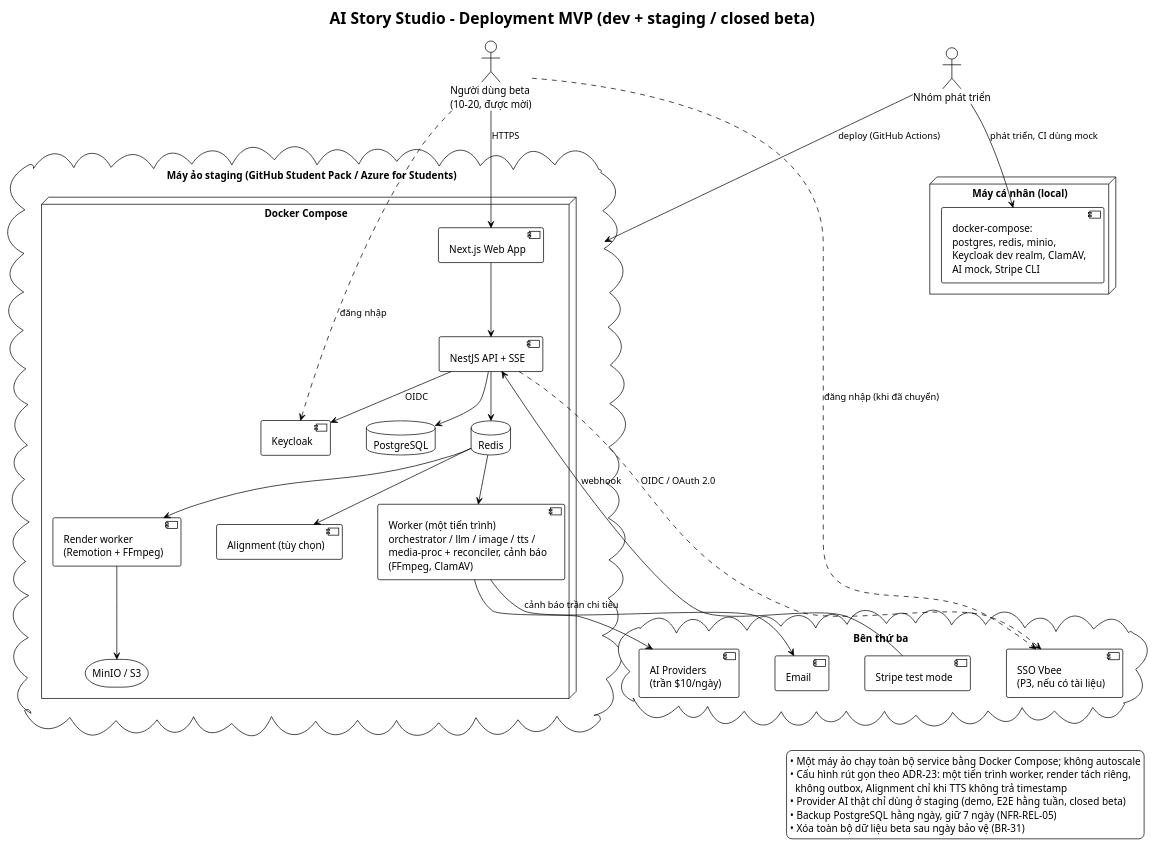
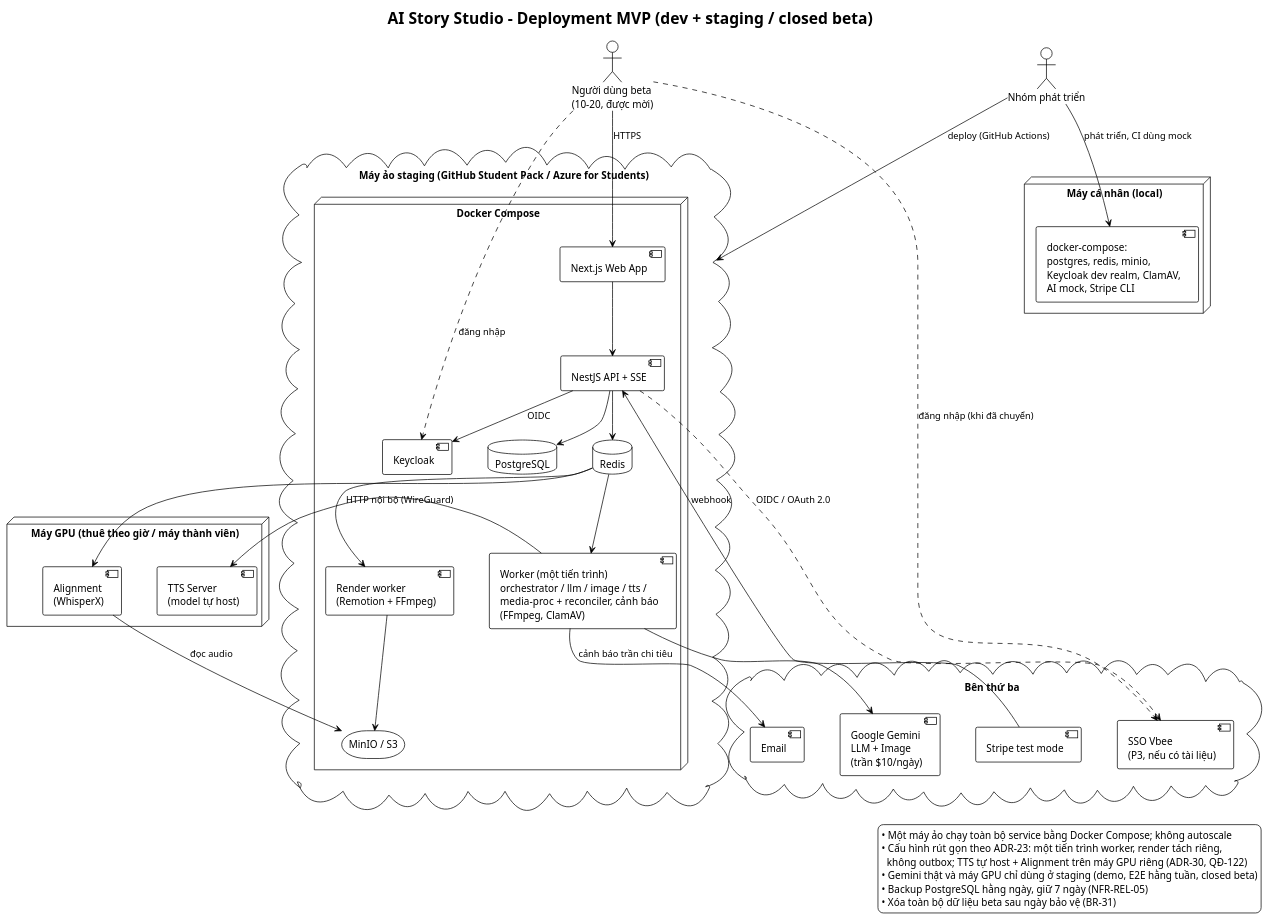
Before and after one commit to 202416852-anhpv/story2video-docs: the diagram in demo-c2story/so-do/mvp/03-kien-truc/deployment-mvp.puml, drawn with PlantUML. The commit also changed 20 other files, not shown here.

First line of the commit message:
Add TTS Server definition, enhance product backlog scenarios, and create AI integration documentation

```diff
--- a/demo-c2story/so-do/mvp/03-kien-truc/deployment-mvp.puml
+++ b/demo-c2story/so-do/mvp/03-kien-truc/deployment-mvp.puml
@@ -1,62 +1,68 @@
 @startuml Deployment_MVP
 !theme plain
 skinparam defaultFontName "Segoe UI"
 skinparam nodesep 50
 skinparam ranksep 50
 title AI Story Studio - Deployment MVP (dev + staging / closed beta)
 
 actor "Người dùng beta\n(10–20, được mời)" as U
 actor "Nhóm phát triển" as Dev
 
 node "Máy cá nhân (local)" as local {
     component "docker-compose:\npostgres, redis, minio,\nKeycloak dev realm, ClamAV,\nAI mock, Stripe CLI" as dc
 }
 
 cloud "Máy ảo staging (GitHub Student Pack / Azure for Students)" as vm {
     node "Docker Compose" {
         component "Next.js Web App" as web
         component "NestJS API + SSE" as api
         component "Worker (một tiến trình)\norchestrator / llm / image / tts /\nmedia-proc + reconciler, cảnh báo\n(FFmpeg, ClamAV)" as wk
-        component "Alignment (tùy chọn)" as al
         component "Render worker\n(Remotion + FFmpeg)" as rw
         database "PostgreSQL" as pg
         database "Redis" as rd
         storage "MinIO / S3" as s3
         component "Keycloak" as kc
     }
 }
 
+node "Máy GPU (thuê theo giờ / máy thành viên)" as gpu {
+    component "TTS Server\n(model tự host)" as tts
+    component "Alignment\n(WhisperX)" as al
+}
+
 cloud "Bên thứ ba" {
     component "SSO Vbee\n(P3, nếu có tài liệu)" as vbee
     component "Stripe test mode" as stripe
-    component "AI Providers\n(trần $10/ngày)" as ai
+    component "Google Gemini\nLLM + Image\n(trần $10/ngày)" as ai
     component "Email" as mail
 }
 
 Dev --> dc : phát triển, CI dùng mock
 Dev --> vm : deploy (GitHub Actions)
 U --> web : HTTPS
 U ..> kc : đăng nhập
 U ..> vbee : đăng nhập (khi đã chuyển)
 web --> api
 api --> pg
 api --> rd
 api --> kc : OIDC
 api ..> vbee : OIDC / OAuth 2.0
 stripe --> api : webhook
 rd --> wk
 rd --> al
 rd --> rw
 wk --> ai
+wk --> tts : HTTP nội bộ (WireGuard)
+al --> s3 : đọc audio
 wk --> mail : cảnh báo trần chi tiêu
 rw --> s3
 
 legend right
   • Một máy ảo chạy toàn bộ service bằng Docker Compose; không autoscale
   • Cấu hình rút gọn theo ADR-23: một tiến trình worker, render tách riêng,
-    không outbox, Alignment chỉ khi TTS không trả timestamp
-  • Provider AI thật chỉ dùng ở staging (demo, E2E hằng tuần, closed beta)
+    không outbox; TTS tự host + Alignment trên máy GPU riêng (ADR-30, QĐ-122)
+  • Gemini thật và máy GPU chỉ dùng ở staging (demo, E2E hằng tuần, closed beta)
   • Backup PostgreSQL hằng ngày, giữ 7 ngày (NFR-REL-05)
   • Xóa toàn bộ dữ liệu beta sau ngày bảo vệ (BR-31)
 endlegend
 @enduml
```
